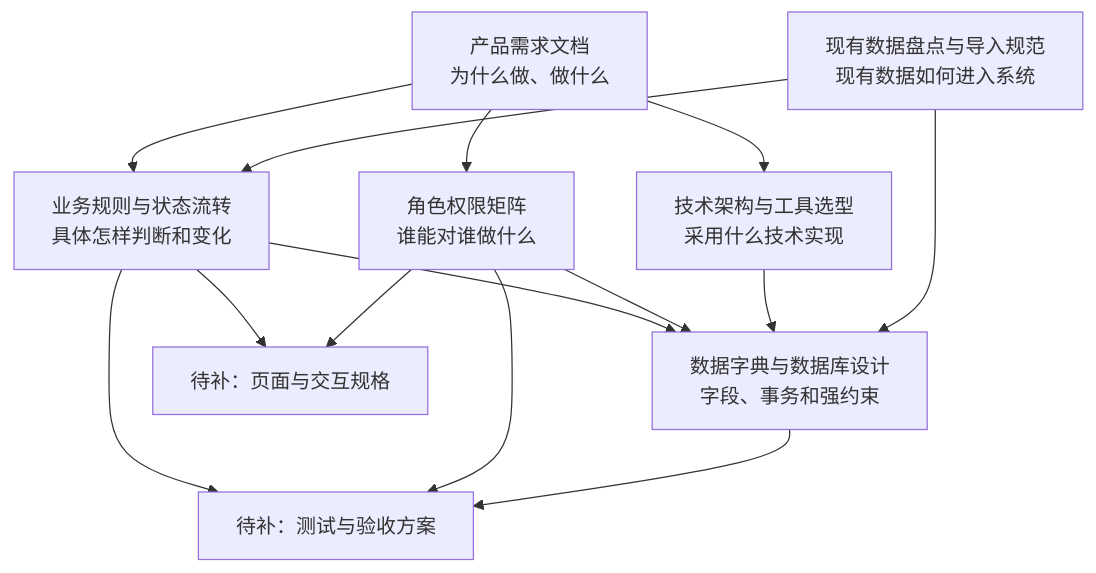
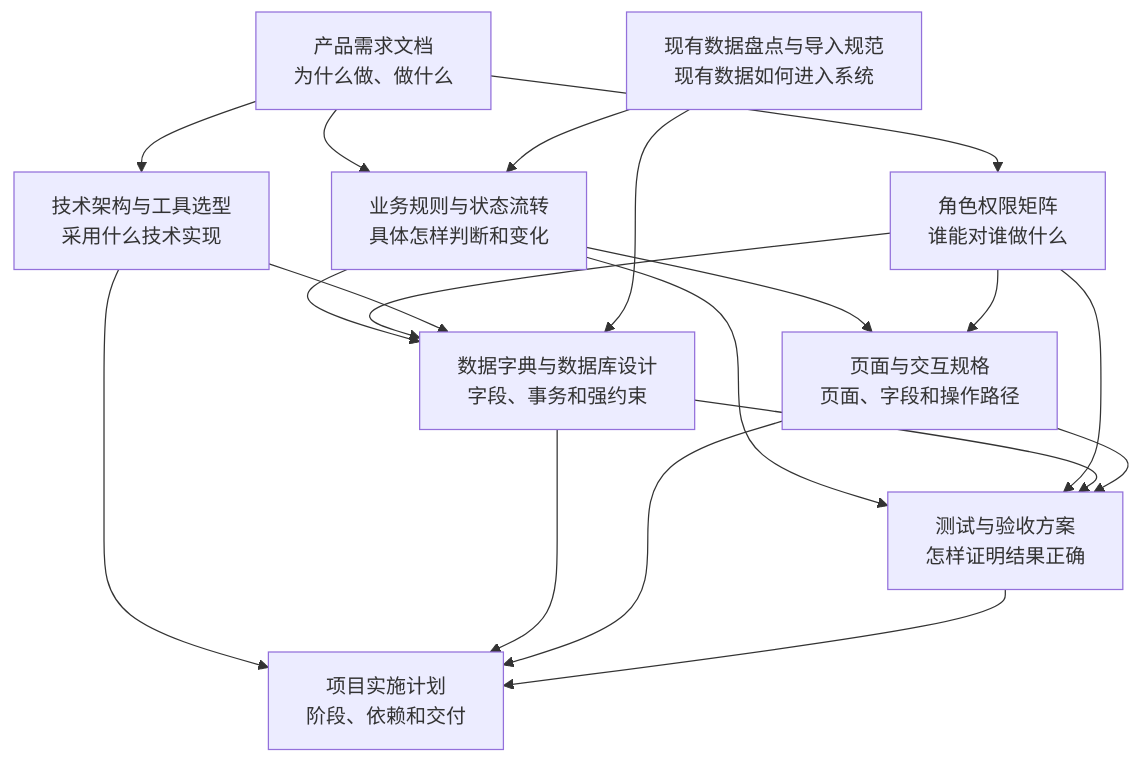
The diagram in README.md (kusento173-del/makeup-booking-system), drawn with Mermaid before and after one commit. The commit also changed other lines of this file and 4 other files, not shown here.

````diff
--- a/README.md
+++ b/README.md
@@ -45,16 +51,21 @@
 ```mermaid
 flowchart TB
     PRD[产品需求文档<br/>为什么做、做什么] --> RULES[业务规则与状态流转<br/>具体怎样判断和变化]
     PRD --> PERM[角色权限矩阵<br/>谁能对谁做什么]
     PRD --> ARCH[技术架构与工具选型<br/>采用什么技术实现]
     RULES --> DB[数据字典与数据库设计<br/>字段、事务和强约束]
     PERM --> DB
     ARCH --> DB
     DATA[现有数据盘点与导入规范<br/>现有数据如何进入系统] --> DB
     DATA --> RULES
-    RULES --> UI[待补：页面与交互规格]
+    RULES --> UI[页面与交互规格<br/>页面、字段和操作路径]
     PERM --> UI
-    RULES --> TEST[待补：测试与验收方案]
+    RULES --> TEST[测试与验收方案<br/>怎样证明结果正确]
     PERM --> TEST
     DB --> TEST
+    UI --> TEST
+    ARCH --> PLAN[项目实施计划<br/>阶段、依赖和交付]
+    DB --> PLAN
+    UI --> PLAN
+    TEST --> PLAN
 ```
````
